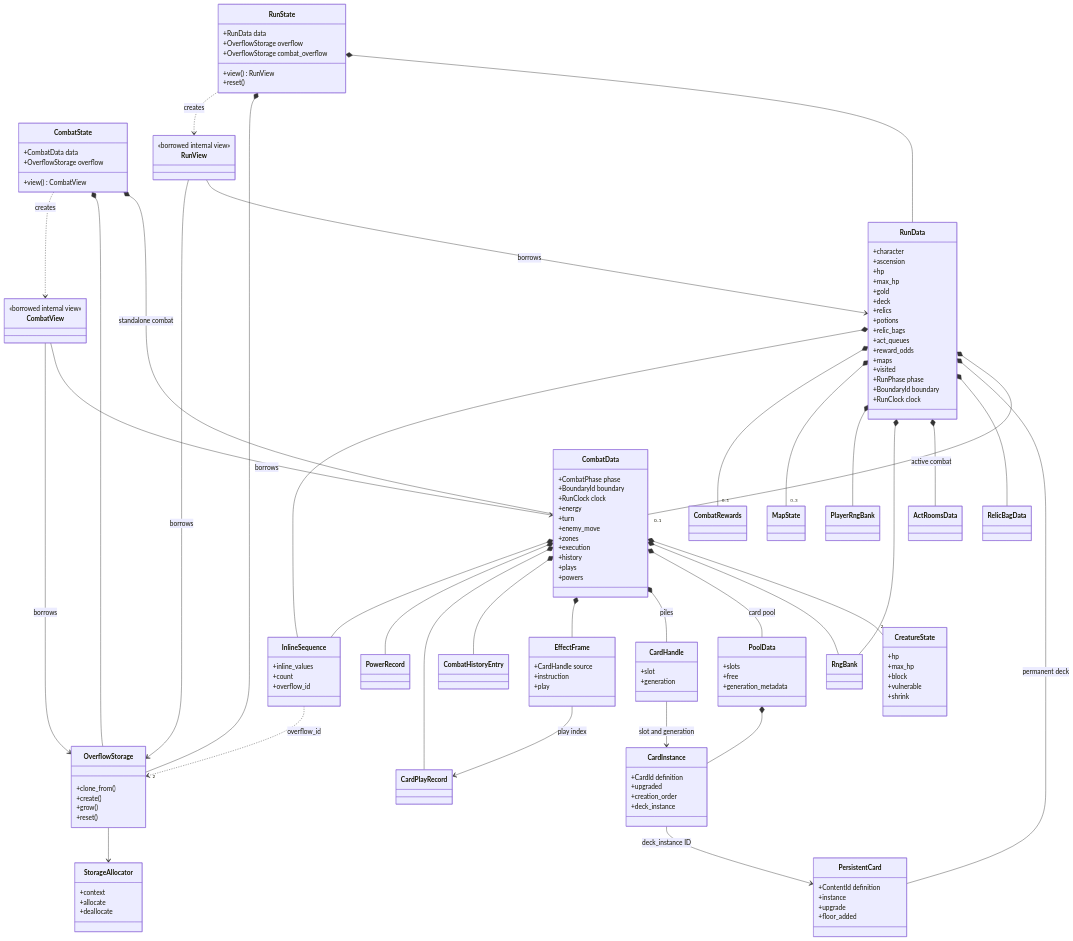
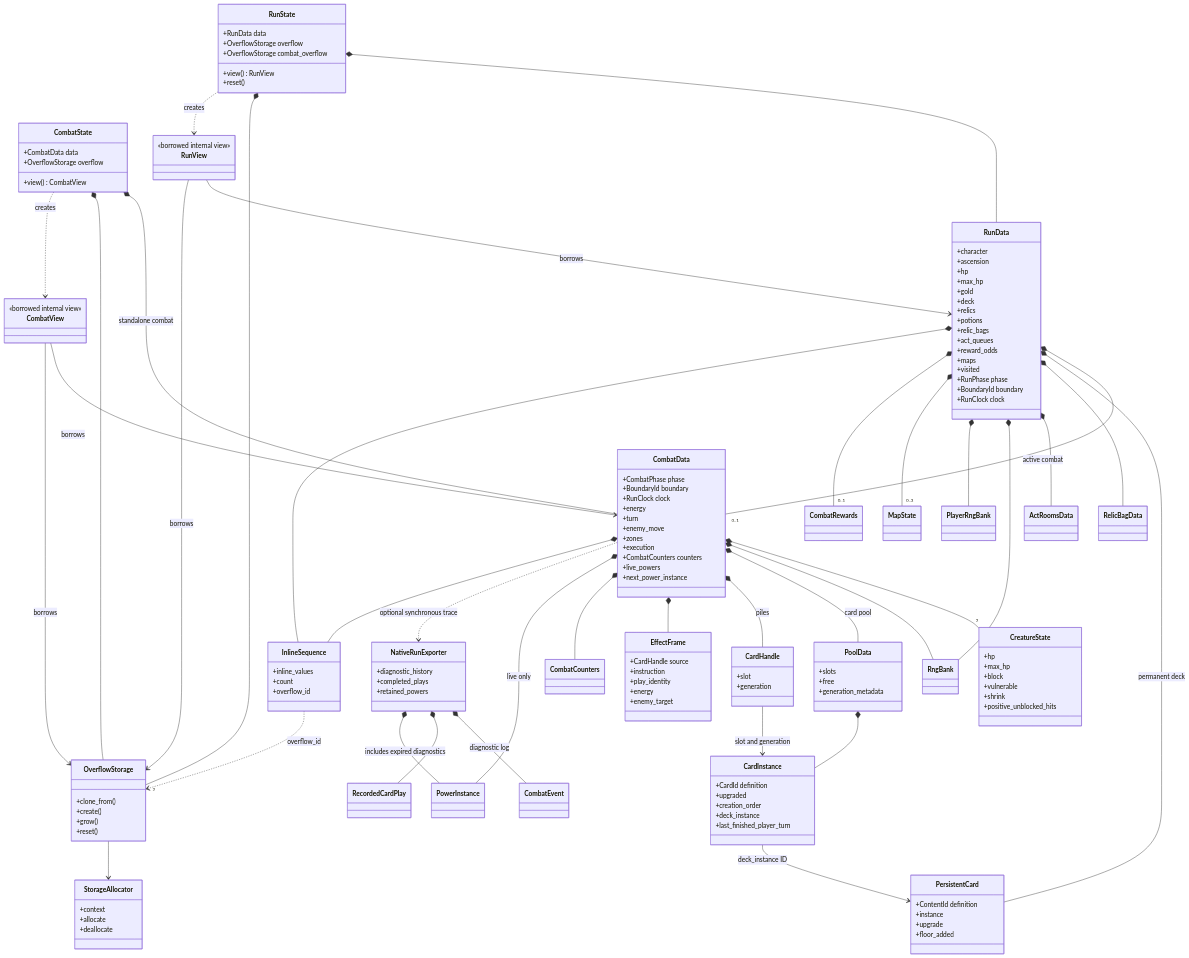
One commit to TonyinBio/sts2-cpp changed the diagram in simulator-data-model.mmd. Above: the diagram before and after it, drawn with Mermaid. The commit also changed 35 other files, not shown here.

Commit message:
refactor(engine): compact combat state and isolate JSON history tracking

```diff
--- a/simulator-data-model.mmd
+++ b/simulator-data-model.mmd
@@ -1,150 +1,162 @@
 classDiagram
     direction TB
 
     class RunState {
         +RunData data
         +OverflowStorage overflow
         +OverflowStorage combat_overflow
         +view() RunView
         +reset()
     }
     class RunData {
         +character
         +ascension
         +hp
         +max_hp
         +gold
         +deck
         +relics
         +potions
         +relic_bags
         +act_queues
         +reward_odds
         +maps
         +visited
         +RunPhase phase
         +BoundaryId boundary
         +RunClock clock
     }
     class CombatState {
         +CombatData data
         +OverflowStorage overflow
         +view() CombatView
     }
     class CombatData {
         +CombatPhase phase
         +BoundaryId boundary
         +RunClock clock
         +energy
         +turn
         +enemy_move
         +zones
         +execution
-        +history
-        +plays
-        +powers
+        +CombatCounters counters
+        +live_powers
+        +next_power_instance
     }
     class CreatureState {
         +hp
         +max_hp
         +block
         +vulnerable
         +shrink
+        +positive_unblocked_hits
     }
     class PersistentCard {
         +ContentId definition
         +instance
         +upgrade
         +floor_added
     }
     class CardInstance {
         +CardId definition
         +upgraded
         +creation_order
         +deck_instance
+        +last_finished_player_turn
     }
     class CardHandle {
         +slot
         +generation
     }
     class PoolData {
         +slots
         +free
         +generation_metadata
     }
     class EffectFrame {
         +CardHandle source
         +instruction
-        +play
+        +play_identity
+        +energy
+        +enemy_target
     }
-    class CombatHistoryEntry
-    class CardPlayRecord
-    class PowerRecord
+    class CombatCounters
+    class CombatEvent
+    class RecordedCardPlay
+    class PowerInstance
+    class NativeRunExporter {
+        +diagnostic_history
+        +completed_plays
+        +retained_powers
+    }
     class CombatRewards
     class MapState
     class RelicBagData
     class ActRoomsData
     class RngBank
     class PlayerRngBank
 
     class InlineSequence {
         +inline_values
         +count
         +overflow_id
     }
     class OverflowStorage {
         +clone_from()
         +create()
         +grow()
         +reset()
     }
     class StorageAllocator {
         +context
         +allocate
         +deallocate
     }
     class RunView {
         <<borrowed internal view>>
     }
     class CombatView {
         <<borrowed internal view>>
     }
 
     RunState *-- RunData
     RunState *-- "2" OverflowStorage
     RunData *-- "0..1" CombatData : active combat
     RunData *-- PersistentCard : permanent deck
     RunData *-- RelicBagData
     RunData *-- ActRoomsData
     RunData *-- RngBank
     RunData *-- PlayerRngBank
     RunData *-- "0..3" MapState
     RunData *-- "0..1" CombatRewards
 
     CombatState *-- CombatData : standalone combat
     CombatState *-- OverflowStorage
     CombatData *-- "2" CreatureState
     CombatData *-- RngBank
     CombatData *-- PoolData : card pool
     PoolData *-- CardInstance
     CombatData *-- CardHandle : piles
     CardHandle --> CardInstance : slot and generation
     CardInstance --> PersistentCard : deck_instance ID
 
     CombatData *-- EffectFrame
-    CombatData *-- CombatHistoryEntry
-    CombatData *-- CardPlayRecord
-    CombatData *-- PowerRecord
-    EffectFrame --> CardPlayRecord : play index
+    CombatData *-- CombatCounters
+    CombatData *-- PowerInstance : live only
+    NativeRunExporter *-- CombatEvent : diagnostic log
+    NativeRunExporter *-- RecordedCardPlay
+    NativeRunExporter *-- PowerInstance : includes expired diagnostics
+    CombatData ..> NativeRunExporter : optional synchronous trace
 
     RunData *-- InlineSequence
     CombatData *-- InlineSequence
     InlineSequence ..> OverflowStorage : overflow_id
     OverflowStorage --> StorageAllocator
 
     RunState ..> RunView : creates
     RunView --> RunData : borrows
     RunView --> OverflowStorage : borrows
     CombatState ..> CombatView : creates
     CombatView --> CombatData : borrows
     CombatView --> OverflowStorage : borrows
```
